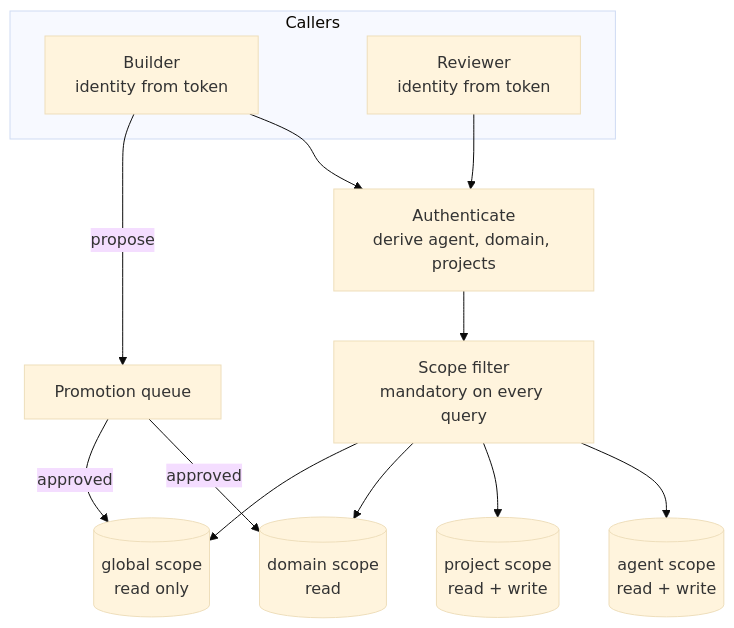
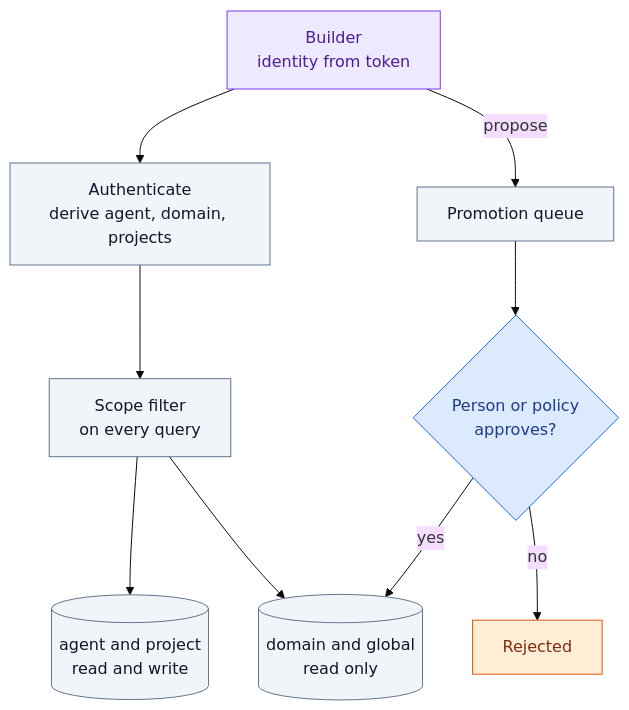
One commit to icelink-ai/software-factory-manifesto changed the diagram in docs/07-memory-and-context/scoped-memory.md. Above: the diagram before and after it, drawn with Mermaid (base theme). The commit also changed other lines of this file and 73 other files, not shown here.

````diff
--- a/docs/07-memory-and-context/scoped-memory.md
+++ b/docs/07-memory-and-context/scoped-memory.md
@@ -31,16 +47,16 @@
 ```mermaid
 flowchart TB
-    subgraph Callers
-        A1["Builder<br/>identity from token"]
-        A2["Reviewer<br/>identity from token"]
-    end
-    A1 & A2 --> AUTH["Authenticate<br/>derive agent, domain, projects"]
-    AUTH --> F["Scope filter<br/>mandatory on every query"]
-    F --> S1[("agent scope<br/>read + write")]
-    F --> S2[("project scope<br/>read + write")]
-    F --> S3[("domain scope<br/>read")]
-    F --> S4[("global scope<br/>read only")]
-    A1 -->|propose| PR["Promotion queue"]
-    PR -->|approved| S3
-    PR -->|approved| S4
+    A["Builder<br/>identity from token"]:::agent --> AUTH["Authenticate<br/>derive agent, domain, projects"]:::script
+    AUTH --> F["Scope filter<br/>on every query"]:::script
+    F --> S1[("agent and project<br/>read and write")]:::script
+    F --> S2[("domain and global<br/>read only")]:::script
+    A -->|propose| Q["Promotion queue"]:::script
+    Q --> P{"Person or policy<br/>approves?"}:::person
+    P -->|yes| S2
+    P -->|no| X["Rejected"]:::stop
+    classDef person fill:#dbeafe,stroke:#2563eb,color:#1e3a8a
+    classDef script fill:#f1f5f9,stroke:#64748b,color:#0f172a
+    classDef agent fill:#ede9fe,stroke:#7c3aed,color:#4c1d95
+    classDef state fill:#dcfce7,stroke:#16a34a,color:#14532d
+    classDef stop fill:#ffedd5,stroke:#ea580c,color:#7c2d12
 ```
````
